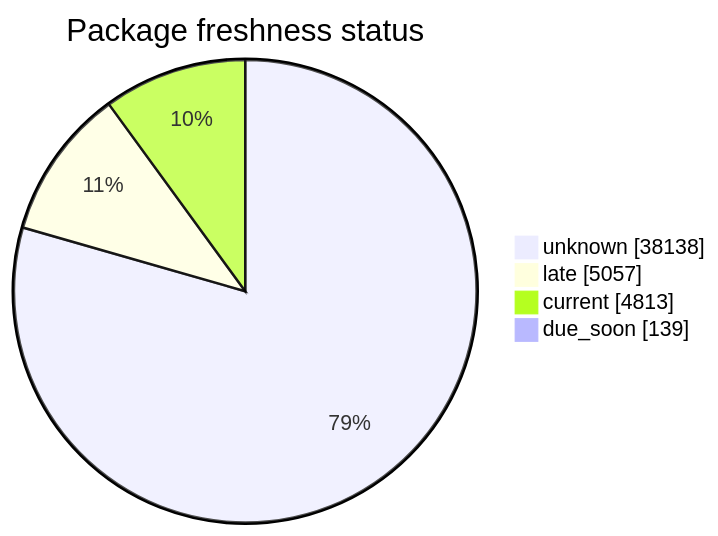
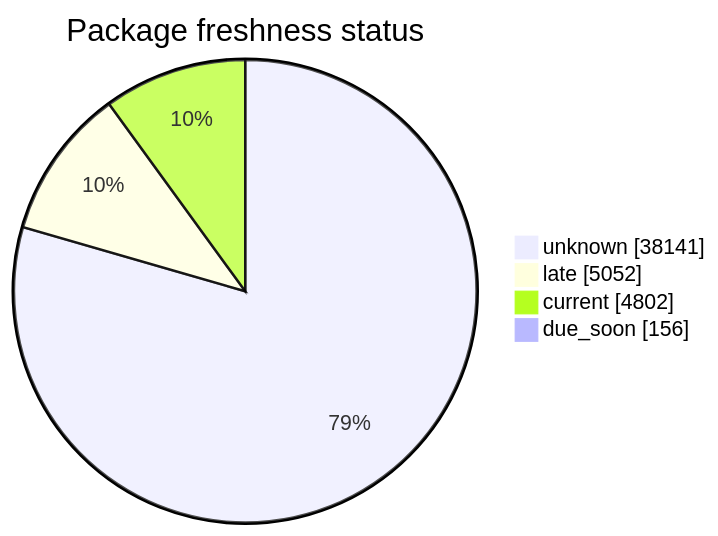
One commit to open-data/analytics-corporate-reporting changed the second of 5 diagrams in FreshCheck/README.md. Above: the diagram before and after it, drawn with Mermaid. The commit also changed other lines of this file and 3 other files, not shown here.

````diff
--- a/FreshCheck/README.md
+++ b/FreshCheck/README.md
@@ -68,7 +68,7 @@
 ```mermaid
 pie showData title Package freshness status
-    "unknown": 38138
-    "late": 5057
-    "current": 4813
-    "due_soon": 139
+    "unknown": 38141
+    "late": 5052
+    "current": 4802
+    "due_soon": 156
 ```
````
